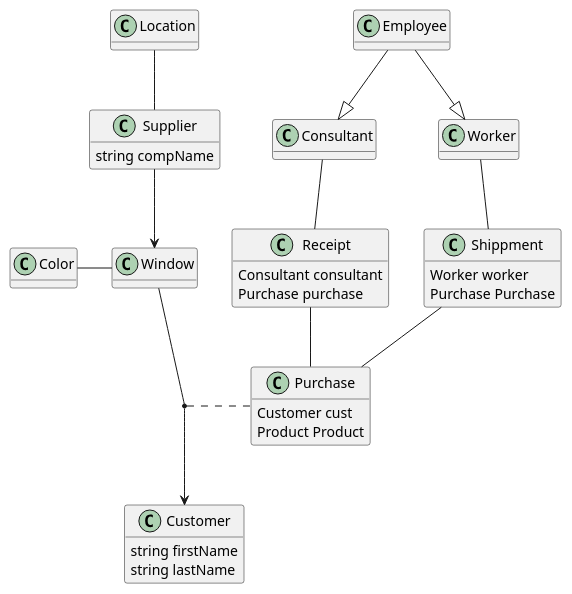
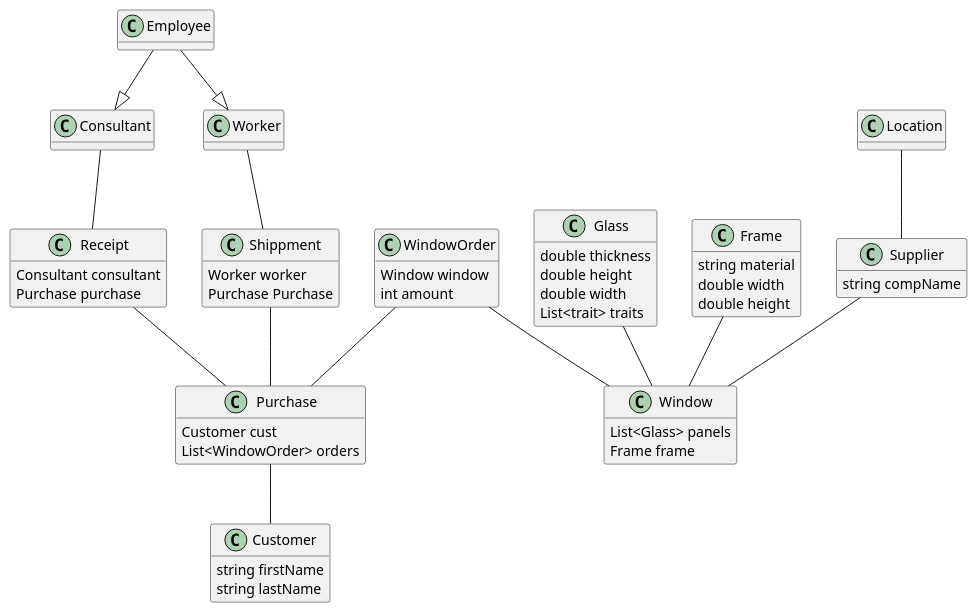
The diagram in asciidocs/plantuml/ERD.puml (BaumgartnerLukas0922/Fensterverkauf), drawn with PlantUML before and after one commit.

```diff
--- a/asciidocs/plantuml/ERD.puml
+++ b/asciidocs/plantuml/ERD.puml
@@ -1,65 +1,82 @@
 @startuml
 top to bottom direction
 hide empty methods
 
 class Supplier{
     string compName
 }
 
 class Customer{
     string firstName
     string lastName
 }
 
 class Purchase{
     Customer cust
-    Product Product
+    List<WindowOrder> orders
 }
 
 class Receipt{
     Consultant consultant
     Purchase purchase
 }
 
 class Employee{
 
 }
 
 class Consultant{
-
-}
-
-class Color{
 
 }
 
 class Location{
 
 }
 
 class Worker{
 
 }
 
 class Shippment{
     Worker worker
     Purchase Purchase
 }
 
 class Window{
-
+    List<Glass> panels
+    Frame frame
 }
 
-Supplier --> Window
-Window --> Customer
-(Window, Customer) ..  Purchase
+class WindowOrder{
+    Window window
+    int amount
+}
+
+class Glass{
+    double thickness
+    double height
+    double width
+    List<trait> traits
+}
+
+class Frame{
+    string material
+    double width
+    double height
+}
+
+Supplier -- Window
+Purchase -- Customer
+WindowOrder -- Window
+WindowOrder -- Purchase
 Employee --|> Consultant
 Receipt -- Purchase
 Consultant -- Receipt
-Color -right- Window
 Location -- Supplier
 Worker -- Shippment
 Shippment -- Purchase
 Employee --|> Worker
+Glass -- Window
+Frame -- Window
 
 @enduml
```
